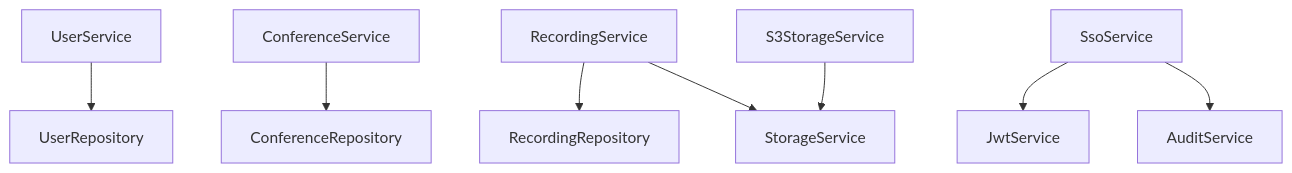
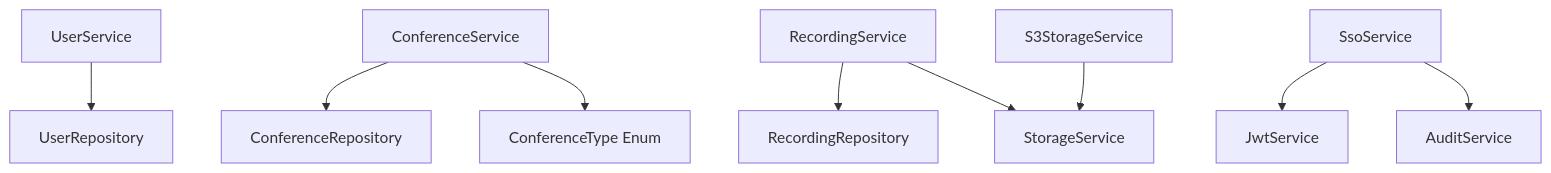
One commit to Vostrikov2014/vks-qoder changed diagram 11 of 11 in .qoder/repowiki/en/content/Backend Modules/Application Layer/Service Implementations.md. Above: the diagram before and after it, drawn with Mermaid. The commit also changed other lines of this file and 12 other files, not shown here.

````diff
--- a/.qoder/repowiki/en/content/Backend Modules/Application Layer/Service Implementations.md
+++ b/.qoder/repowiki/en/content/Backend Modules/Application Layer/Service Implementations.md
@@ -558,10 +582,11 @@
 ```mermaid
 graph TB
 US["UserService"] --> UR["UserRepository"]
 CS["ConferenceService"] --> CR["ConferenceRepository"]
+CS --> CT["ConferenceType Enum"]
 RS["RecordingService"] --> RR["RecordingRepository"]
 RS --> StI["StorageService"]
 SS["SsoService"] --> JS["JwtService"]
 SS --> AuS["AuditService"]
 S3["S3StorageService"] --> StI
 ```
````
